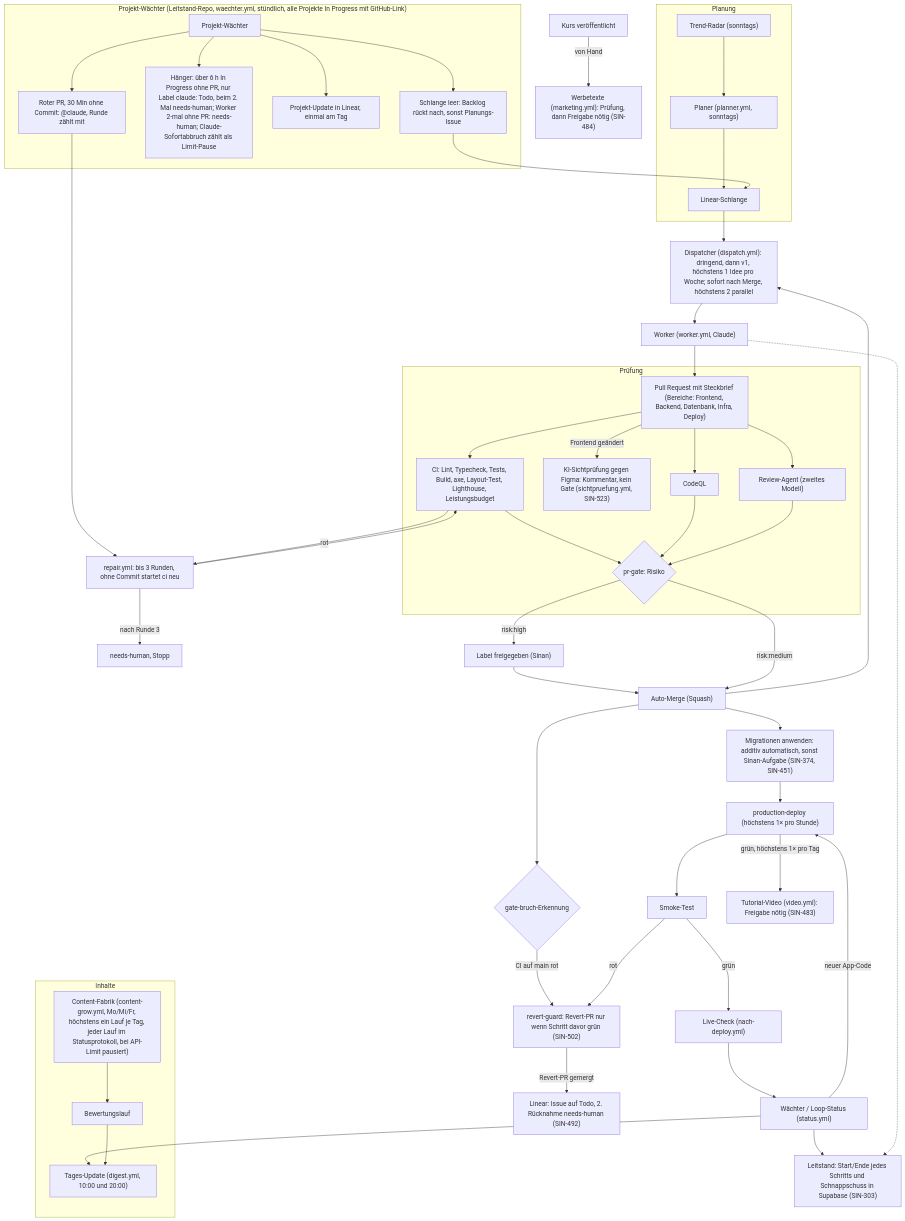
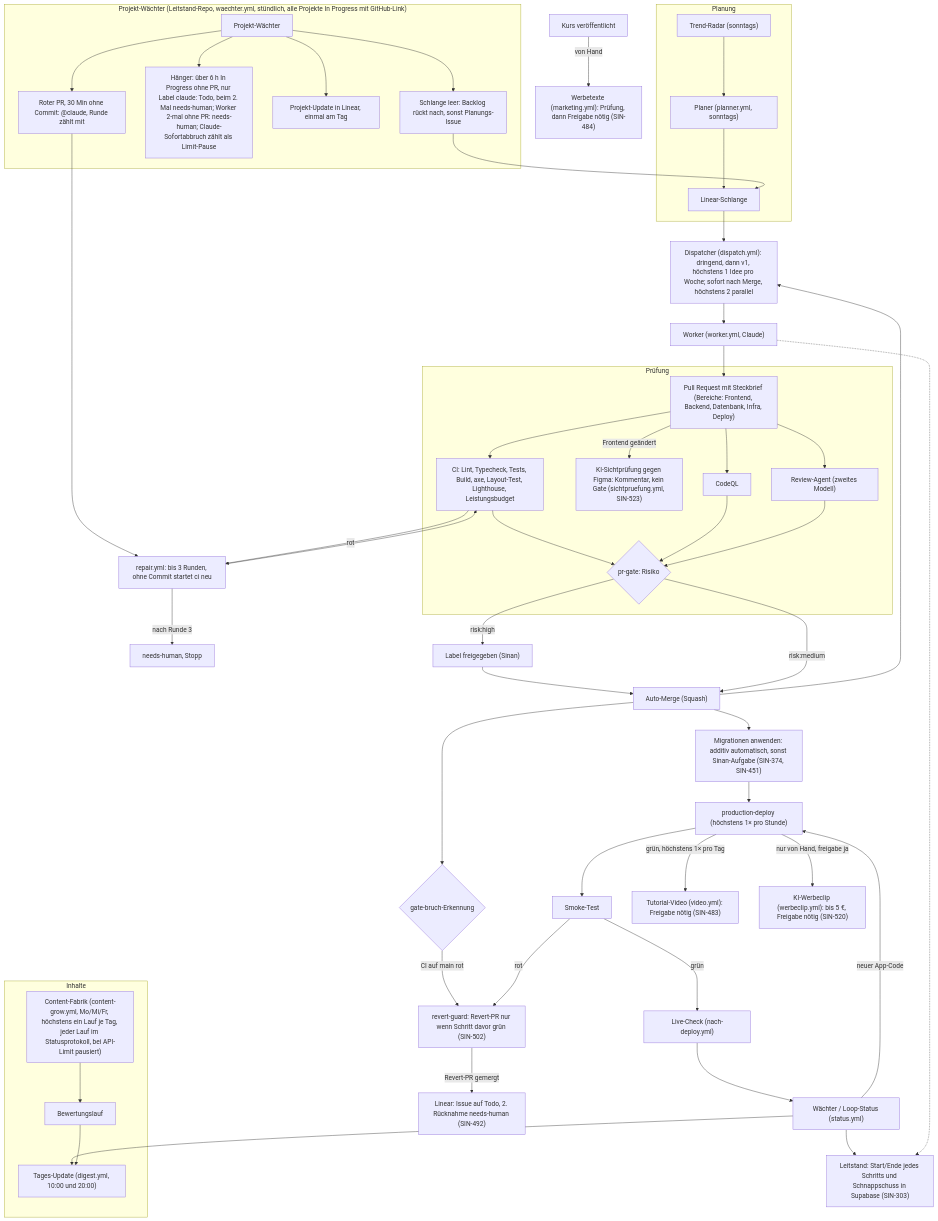
One commit to siinanXD/Content-Agent-Lernapp changed the diagram in docs/diagramme/pipeline.mmd. Above: the diagram before and after it, drawn with Mermaid. The commit also changed 12 other files, not shown here.

```diff
--- a/docs/diagramme/pipeline.mmd
+++ b/docs/diagramme/pipeline.mmd
@@ -1,53 +1,54 @@
 %% Pipeline-Ablauf des Loops, Stand main 09.10. (SIN-376). Quelle für das FigJam-Board „Pipeline-Ablauf“.
 %% Ändern sich .github/workflows/ oder scripts/autonomy/, diese Datei im selben PR anpassen.
 flowchart TD
   subgraph Planung
     Radar["Trend-Radar (sonntags)"] --> Planer
     Planer["Planer (planner.yml, sonntags)"] --> Schlange["Linear-Schlange"]
   end
   Schlange --> Dispatcher["Dispatcher (dispatch.yml): dringend, dann v1, höchstens 1 Idee pro Woche; sofort nach Merge, höchstens 2 parallel"]
   Dispatcher --> Worker["Worker (worker.yml, Claude)"]
   Worker --> PR["Pull Request mit Steckbrief (Bereiche: Frontend, Backend, Datenbank, Infra, Deploy)"]
   subgraph Prüfung
     PR --> CI["CI: Lint, Typecheck, Tests, Build, axe, Layout-Test, Lighthouse, Leistungsbudget"]
     PR -- "Frontend geändert" --> Sicht["KI-Sichtprüfung gegen Figma: Kommentar, kein Gate (sichtpruefung.yml, SIN-523)"]
     PR --> CodeQL["CodeQL"]
     PR --> Review["Review-Agent (zweites Modell)"]
     CI --> Gate{"pr-gate: Risiko"}
     CodeQL --> Gate
     Review --> Gate
   end
   CI -- rot --> Repair["repair.yml: bis 3 Runden, ohne Commit startet ci neu"]
   Repair --> CI
   Repair -- "nach Runde 3" --> Mensch["needs-human, Stopp"]
   Gate -- "risk:high" --> Freigabe["Label freigegeben (Sinan)"]
   Freigabe --> Merge
   Gate -- "risk:medium" --> Merge["Auto-Merge (Squash)"]
   Merge --> Dispatcher
   Merge --> Migr["Migrationen anwenden: additiv automatisch, sonst Sinan-Aufgabe (SIN-374, SIN-451)"]
   Merge --> Bruch{"gate-bruch-Erkennung"}
   Bruch -- "CI auf main rot" --> Revert["revert-guard: Revert-PR nur wenn Schritt davor grün (SIN-502)"]
   Revert -- "Revert-PR gemergt" --> LinearTodo["Linear: Issue auf Todo, 2. Rücknahme needs-human (SIN-492)"]
   Migr --> Deploy["production-deploy (höchstens 1× pro Stunde)"]
   Deploy --> Smoke["Smoke-Test"]
   Smoke -- rot --> Revert
   Smoke -- grün --> Live["Live-Check (nach-deploy.yml)"]
   Deploy -- "grün, höchstens 1× pro Tag" --> Video["Tutorial-Video (video.yml): Freigabe nötig (SIN-483)"]
+  Deploy -- "nur von Hand, freigabe ja" --> Werbeclip["KI-Werbeclip (werbeclip.yml): bis 5 €, Freigabe nötig (SIN-520)"]
   Kurs["Kurs veröffentlicht"] -- "von Hand" --> Marketing["Werbetexte (marketing.yml): Prüfung, dann Freigabe nötig (SIN-484)"]
   Live --> Waechter["Wächter / Loop-Status (status.yml)"]
   Waechter -- "neuer App-Code" --> Deploy
   Waechter --> Update["Tages-Update (digest.yml, 10:00 und 20:00)"]
   Waechter --> Leitstand["Leitstand: Start/Ende jedes Schritts und Schnappschuss in Supabase (SIN-303)"]
   Worker -.-> Leitstand
   subgraph Projektwaechter["Projekt-Wächter (Leitstand-Repo, waechter.yml, stündlich, alle Projekte In Progress mit GitHub-Link)"]
     PW["Projekt-Wächter"] --> PWS["Schlange leer: Backlog rückt nach, sonst Planungs-Issue"]
     PW --> PWH["Hänger: über 6 h In Progress ohne PR, nur Label claude: Todo, beim 2. Mal needs-human; Worker 2-mal ohne PR: needs-human; Claude-Sofortabbruch zählt als Limit-Pause"]
     PW --> PWU["Projekt-Update in Linear, einmal am Tag"]
     PW --> PWR["Roter PR, 30 Min ohne Commit: @claude, Runde zählt mit"]
   end
   PWS --> Schlange
   PWR --> Repair
   subgraph Inhalte
     Fabrik["Content-Fabrik (content-grow.yml, Mo/Mi/Fr, höchstens ein Lauf je Tag, jeder Lauf im Statusprotokoll, bei API-Limit pausiert)"] --> Bewertung["Bewertungslauf"]
     Bewertung --> Update
   end
```
